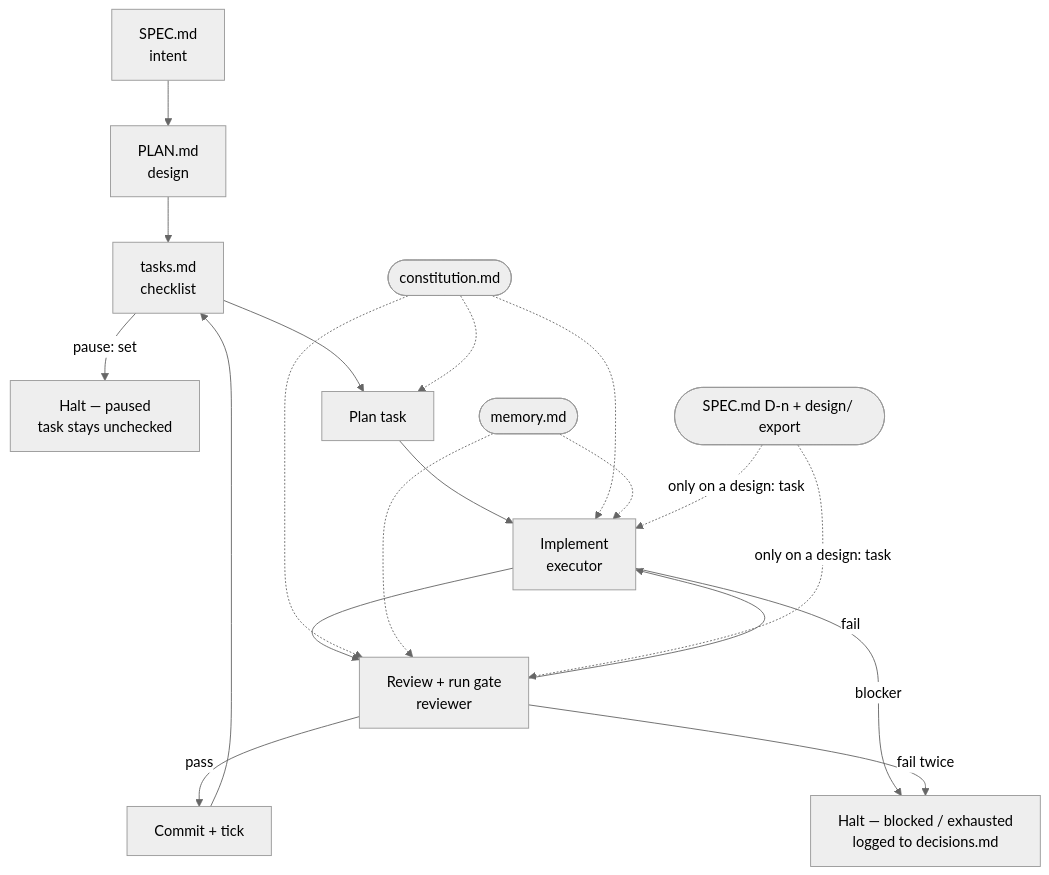
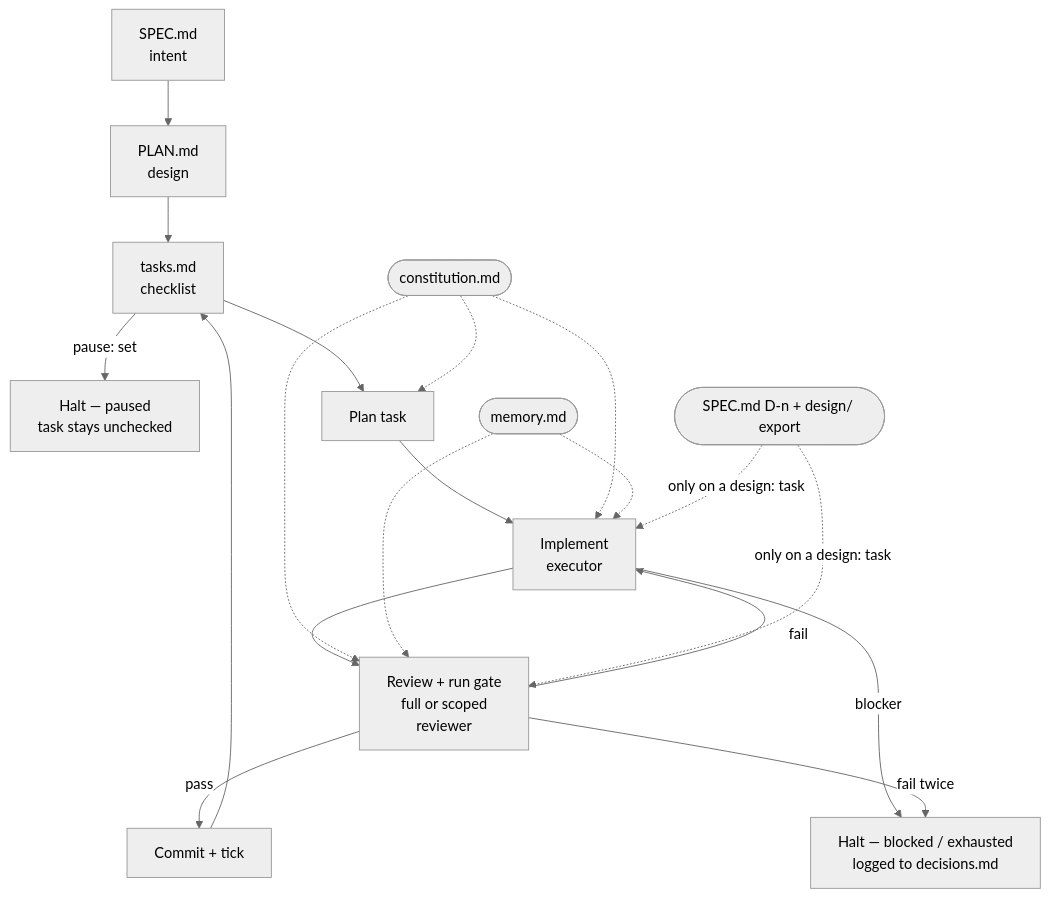
Before and after one commit to GrayMa77er/tiny-spec: the diagram in README.md, drawn with Mermaid (neutral theme). The commit also changed other lines of this file and 5 other files, not shown here.

````diff
--- a/README.md
+++ b/README.md
@@ -419,18 +428,18 @@
 ```mermaid
 flowchart TB
     SPEC[SPEC.md<br/>intent] --> PLAN[PLAN.md<br/>design] --> TASKS[tasks.md<br/>checklist]
 
     TASKS -->|pause: set| H[Halt — paused<br/>task stays unchecked]
     TASKS --> P[Plan task]
     P --> I[Implement<br/>executor]
-    I --> R[Review + run gate<br/>reviewer]
+    I --> R[Review + run gate<br/>full or scoped<br/>reviewer]
     I -->|blocker| B
     R -->|pass| C[Commit + tick]
     C --> TASKS
     R -->|fail| I
     R -->|fail twice| B[Halt — blocked / exhausted<br/>logged to decisions.md]
 
     CON([constitution.md]) -.-> P & I & R
     MEM([memory.md]) -.-> I & R
     DES([SPEC.md D-n + design/ export]) -.->|only on a design: task| I & R
 ```
````
